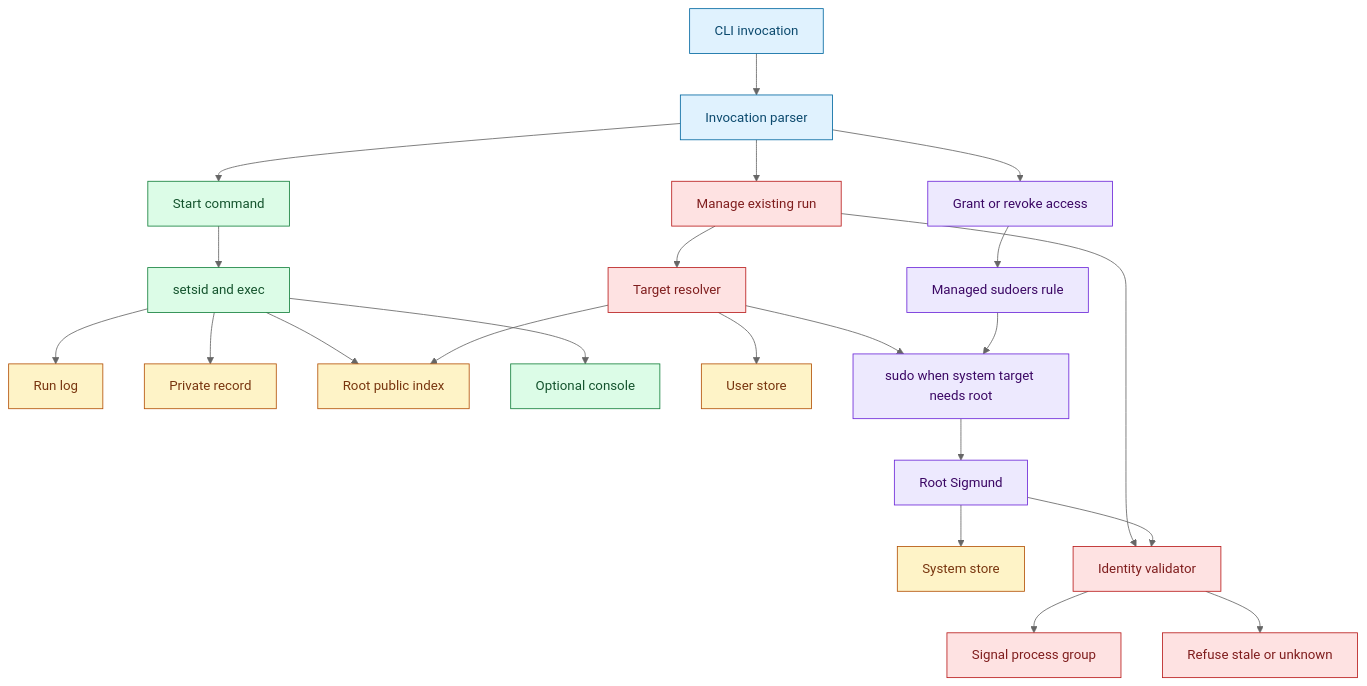
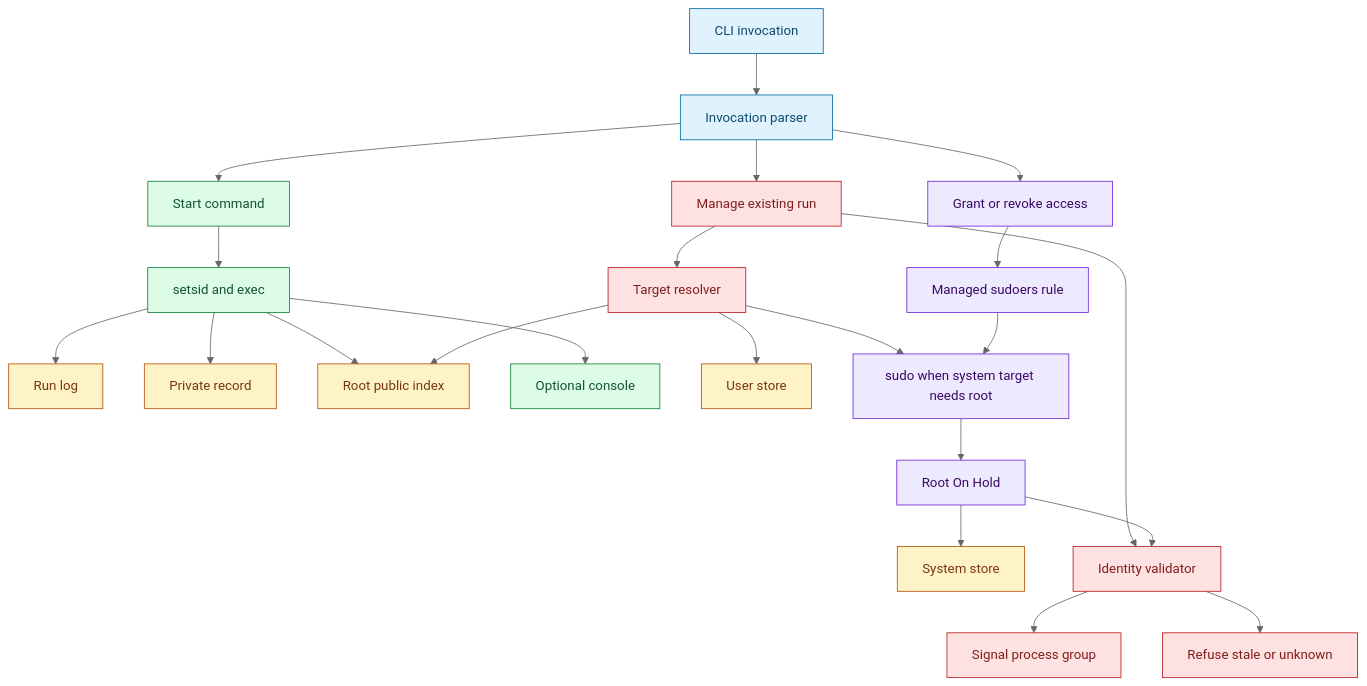
The second of 3 diagrams in docs/index.md (RchGrav/HoldOn), drawn with Mermaid (neutral theme) before and after one commit. The commit also changed other lines of this file and 91 other files, not shown here.

````diff
--- a/docs/index.md
+++ b/docs/index.md
@@ -63,40 +63,40 @@
 ```mermaid
 flowchart TD
     User["CLI invocation"] --> Parse["Invocation parser"]
     Parse --> Start["Start command"]
     Parse --> Manage["Manage existing run"]
     Parse --> Access["Grant or revoke access"]
 
     Start --> Launcher["setsid and exec"]
     Launcher --> Log["Run log"]
     Launcher --> Record["Private record"]
     Launcher --> Public["Root public index"]
     Launcher --> Console["Optional console"]
 
     Manage --> Resolver["Target resolver"]
     Resolver --> UserStore["User store"]
     Resolver --> Public
     Resolver --> Sudo["sudo when system target needs root"]
-    Sudo --> RootAction["Root Sigmund"]
+    Sudo --> RootAction["Root On Hold"]
     RootAction --> RootStore["System store"]
 
     Manage --> Validator["Identity validator"]
     RootAction --> Validator
     Validator --> Signal["Signal process group"]
     Validator --> Refuse["Refuse stale or unknown"]
 
     Access --> Sudoers["Managed sudoers rule"]
     Sudoers --> Sudo
 
     classDef entry fill:#e0f2fe,stroke:#0369a1,color:#0c4a6e
     classDef launch fill:#dcfce7,stroke:#15803d,color:#14532d
     classDef store fill:#fef3c7,stroke:#b45309,color:#78350f
     classDef safety fill:#fee2e2,stroke:#b91c1c,color:#7f1d1d
     classDef privilege fill:#ede9fe,stroke:#6d28d9,color:#3b0764
 
     class User,Parse entry
     class Start,Launcher,Console launch
     class Log,Record,Public,UserStore,RootStore store
     class Manage,Resolver,Validator,Signal,Refuse safety
     class Access,Sudo,Sudoers,RootAction privilege
 ```
````
